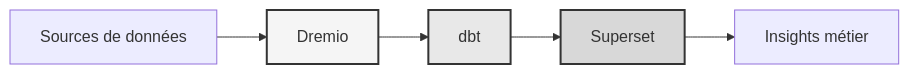
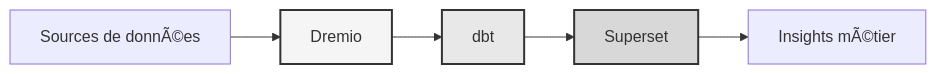
Before and after one commit to Monsau/Talentys-OSS-Data-Platform: the diagram in docs/i18n/fr/README.md, drawn with Mermaid. The commit also changed other lines of this file and 485 other files, not shown here.

First line of the commit message:
feat: v1.1.0 - Complete i18n roadmap, AI services, and data platform

````diff
--- a/docs/i18n/fr/README.md
+++ b/docs/i18n/fr/README.md
@@ -17,11 +26,11 @@
 ```mermaid
 graph LR
-    A[Sources de données] --> B[Dremio]
+    A[Sources de donnÃ©es] --> B[Dremio]
     B --> C[dbt]
     C --> D[Superset]
-    D --> E[Insights métier]
+    D --> E[Insights mÃ©tier]
     
     style B fill:#f5f5f5,stroke:#333,stroke-width:2px
     style C fill:#e8e8e8,stroke:#333,stroke-width:2px
     style D fill:#d8d8d8,stroke:#333,stroke-width:2px
 ```
````
